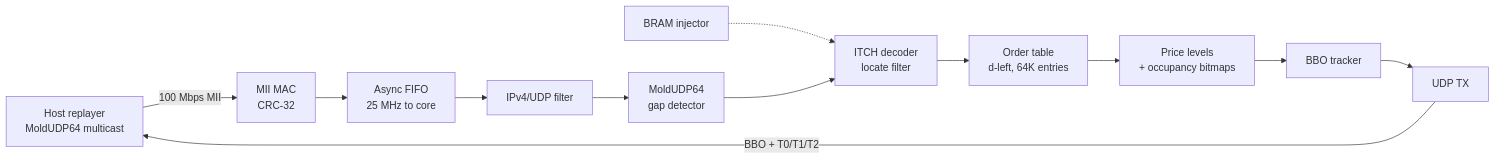
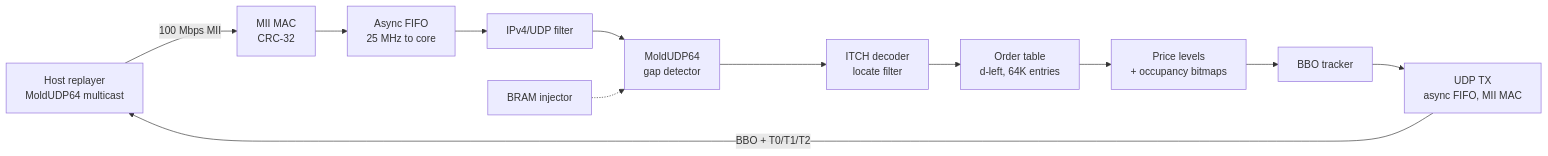
The diagram in README.md (RodeanAzari/fpga-itch-orderbook), drawn with Mermaid before and after one commit. The commit also changed other lines of this file, not shown here.

````diff
--- a/README.md
+++ b/README.md
@@ -97,13 +95,13 @@
 ```mermaid
 flowchart LR
     host[Host replayer<br/>MoldUDP64 multicast] -->|100 Mbps MII| mac[MII MAC<br/>CRC-32]
     mac --> cdc[Async FIFO<br/>25 MHz to core]
     cdc --> udp[IPv4/UDP filter]
     udp --> mold[MoldUDP64<br/>gap detector]
-    inj[BRAM injector] -.-> itch
+    inj[BRAM injector] -.-> mold
     mold --> itch[ITCH decoder<br/>locate filter]
     itch --> table[Order table<br/>d-left, 64K entries]
     table --> levels[Price levels<br/>+ occupancy bitmaps]
     levels --> bbo[BBO tracker]
-    bbo --> tx[UDP TX] -->|BBO + T0/T1/T2| host
+    bbo --> tx[UDP TX<br/>async FIFO, MII MAC] -->|BBO + T0/T1/T2| host
 ```
````
